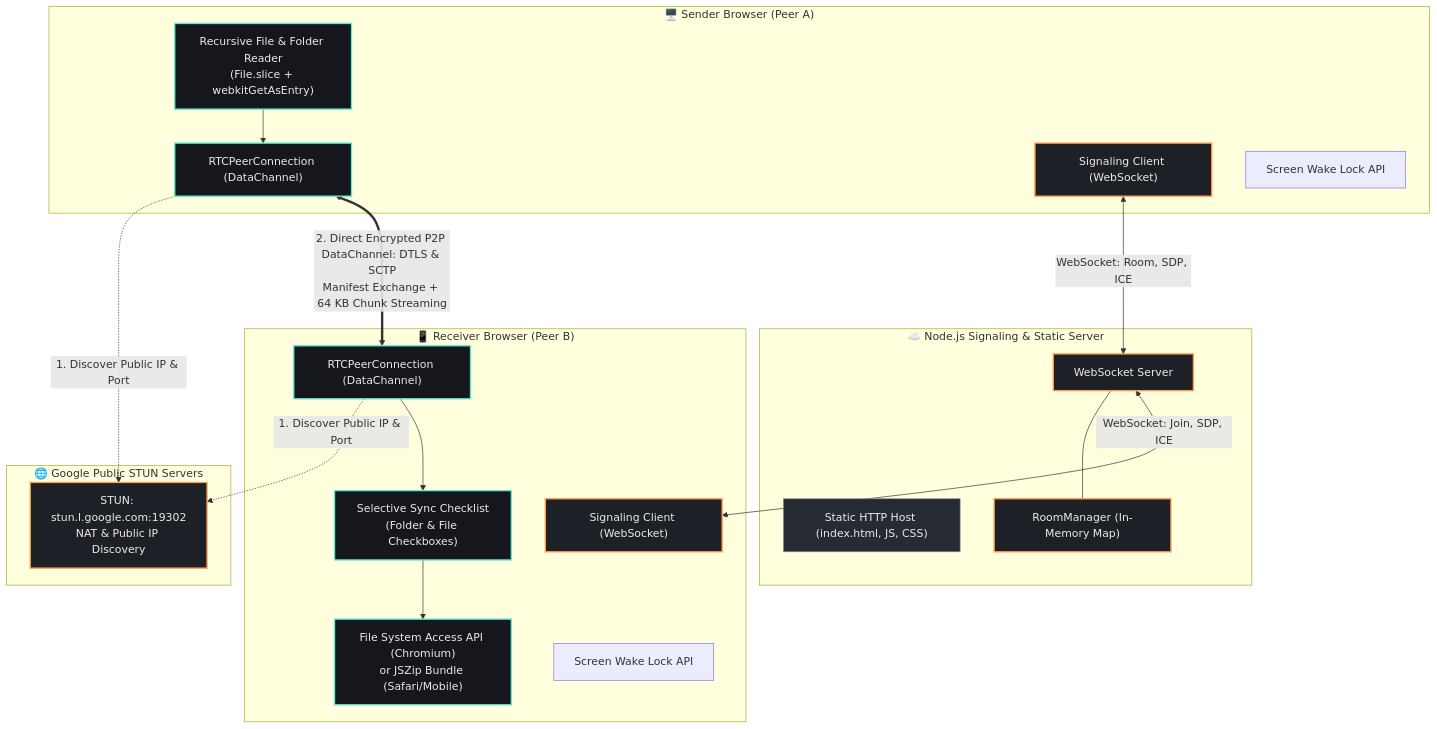
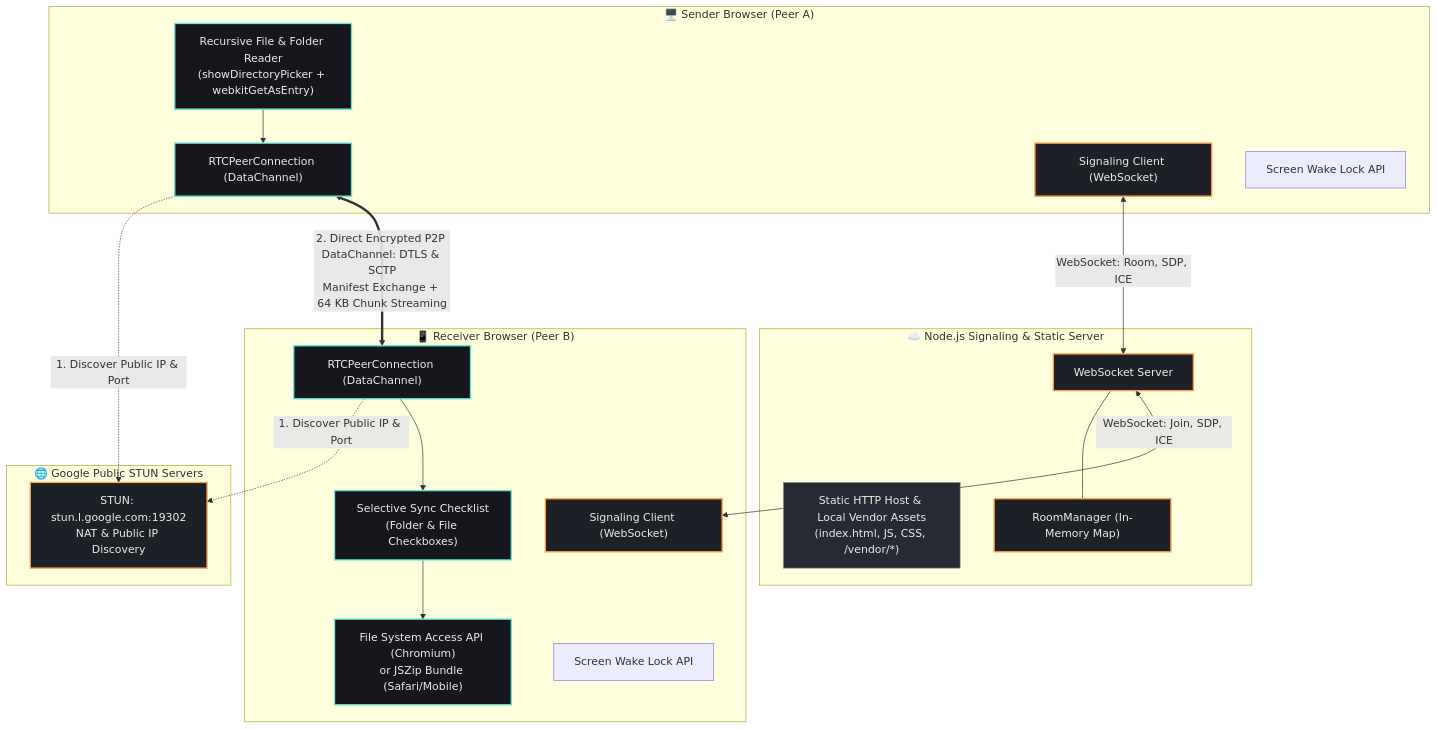
One commit to Manthan29-code/webRTC_relay changed the first of 2 diagrams in README.md. Above: the diagram before and after it, drawn with Mermaid. The commit also changed other lines of this file and 11 other files, not shown here.

Commit message:
feat: add complete client-side WebRTC relay interface with gallery view and local assets

````diff
--- a/README.md
+++ b/README.md
@@ -44,52 +48,52 @@
 ```mermaid
 graph TB
     subgraph SENDER["🖥️ Sender Browser (Peer A)"]
-        FileSelect["Recursive File & Folder Reader<br/>(File.slice + webkitGetAsEntry)"]
+        FileSelect["Recursive File & Folder Reader<br/>(showDirectoryPicker + webkitGetAsEntry)"]
         RTC_A["RTCPeerConnection (DataChannel)"]
         Signaling_A["Signaling Client (WebSocket)"]
         WakeLock_A["Screen Wake Lock API"]
     end
 
     subgraph SERVER["☁️ Node.js Signaling & Static Server"]
-        HTTP["Static HTTP Host (index.html, JS, CSS)"]
+        HTTP["Static HTTP Host & Local Vendor Assets<br/>(index.html, JS, CSS, /vendor/*)"]
         WSS["WebSocket Server"]
         RoomMgr["RoomManager (In-Memory Map)"]
         WSS --- RoomMgr
     end
 
     subgraph STUN["🌐 Google Public STUN Servers"]
         StunSrv["STUN: stun.l.google.com:19302<br/>NAT & Public IP Discovery"]
     end
 
     subgraph RECEIVER["📱 Receiver Browser (Peer B)"]
         Signaling_B["Signaling Client (WebSocket)"]
         RTC_B["RTCPeerConnection (DataChannel)"]
         FileTree["Selective Sync Checklist<br/>(Folder & File Checkboxes)"]
         DiskWriter["File System Access API (Chromium)<br/>or JSZip Bundle (Safari/Mobile)"]
         WakeLock_B["Screen Wake Lock API"]
     end
 
     %% Signaling flow
     Signaling_A <-->|WebSocket: Room, SDP, ICE| WSS
     WSS <-->|WebSocket: Join, SDP, ICE| Signaling_B
 
     %% STUN flow
     RTC_A -.->|1. Discover Public IP & Port| StunSrv
     RTC_B -.->|1. Discover Public IP & Port| StunSrv
 
     %% Direct P2P flow
     RTC_A <==>|2. Direct Encrypted P2P DataChannel: DTLS & SCTP<br/>Manifest Exchange + 64 KB Chunk Streaming| RTC_B
 
     %% Internal module links
     FileSelect --> RTC_A
     RTC_B --> FileTree
     FileTree --> DiskWriter
 
     classDef control fill:#1d2027,stroke:#ff9d4d,stroke-width:2px,color:#eceae4;
     classDef data fill:#15171c,stroke:#5eead4,stroke-width:2px,color:#eceae4;
     classDef server fill:#262a33,stroke:#8b8f99,stroke-width:1px,color:#eceae4;
 
     class Signaling_A,Signaling_B,WSS,RoomMgr,StunSrv control;
     class FileSelect,RTC_A,RTC_B,DiskWriter,FileTree data;
     class HTTP server;
 ```
````
